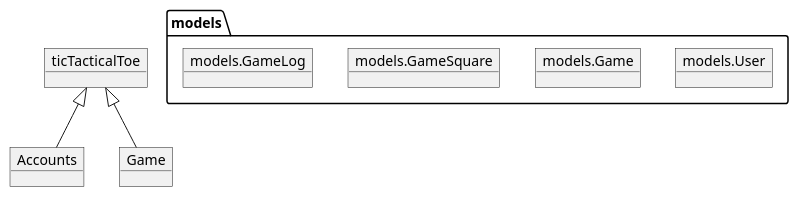
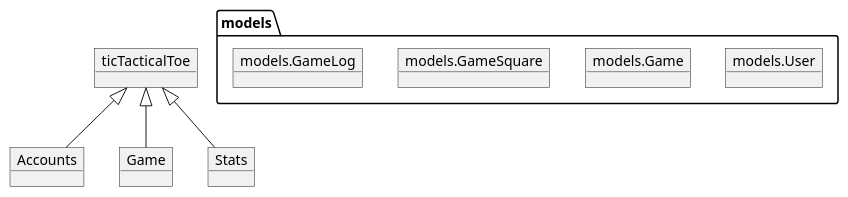
The diagram in docs/puml/breakdown.puml (corya14/tic-tactical-toe), drawn with PlantUML before and after one commit.

Commit message:
Update breakdown puml

```diff
--- a/docs/puml/breakdown.puml
+++ b/docs/puml/breakdown.puml
@@ -1,38 +1,45 @@
 @startuml
 object ticTacticalToe
 object ticTacticalToe.urls
 object ticTacticalToe.views
 object ticTacticalToe.routing
 object ticTacticalToe.consumers
 object Accounts
 object Accounts.models
 object Accounts.urls
 object Accounts.views
 object Game
 object Game.urls
 object Game.models
 object Game.views
+object Stats
+object Stats.urls
+object Stats.views
 object models.User
 object models.Game
 object models.GameSquare
 object models.GameLog
 
 ticTacticalToe <|-- ticTacticalToe.urls
 ticTacticalToe <|-- ticTacticalToe.views
-ticTacticalToe.views <|-- Accounts.views
-ticTacticalToe.views <|-- Game.views
+ticTacticalToe.urls <|-- Accounts.urls
+ticTacticalToe.urls <|-- Game.urls
+ticTacticalToe.urls <|-- Stats.urls
 ticTacticalToe <|-- ticTacticalToe.consumers
 ticTacticalToe <|-- ticTacticalToe.routing
 ticTacticalToe <|-- Accounts
 ticTacticalToe <|-- Game
+ticTacticalToe <|-- Stats
 Accounts <|-- Accounts.urls
 Accounts <|-- Accounts.views
 Accounts <|-- Accounts.models
 Accounts.models <|-- models.User
 Game <|-- Game.urls
 Game <|-- Game.views
 Game <|-- Game.models
+Stats <|-- Stats.urls
+Stats <|-- Stats.views
 Game.models <|-- models.Game
 Game.models <|-- models.GameSquare
 Game.models <|-- models.GameLog
 @enduml
```
